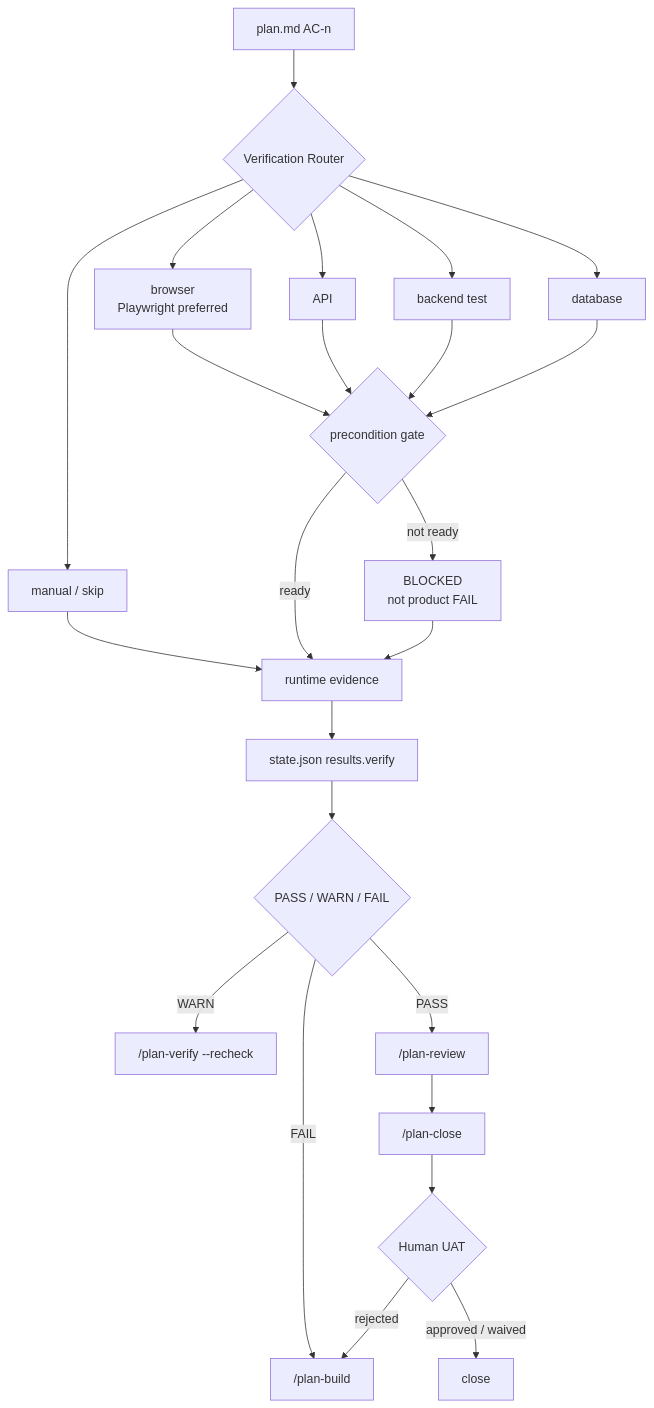
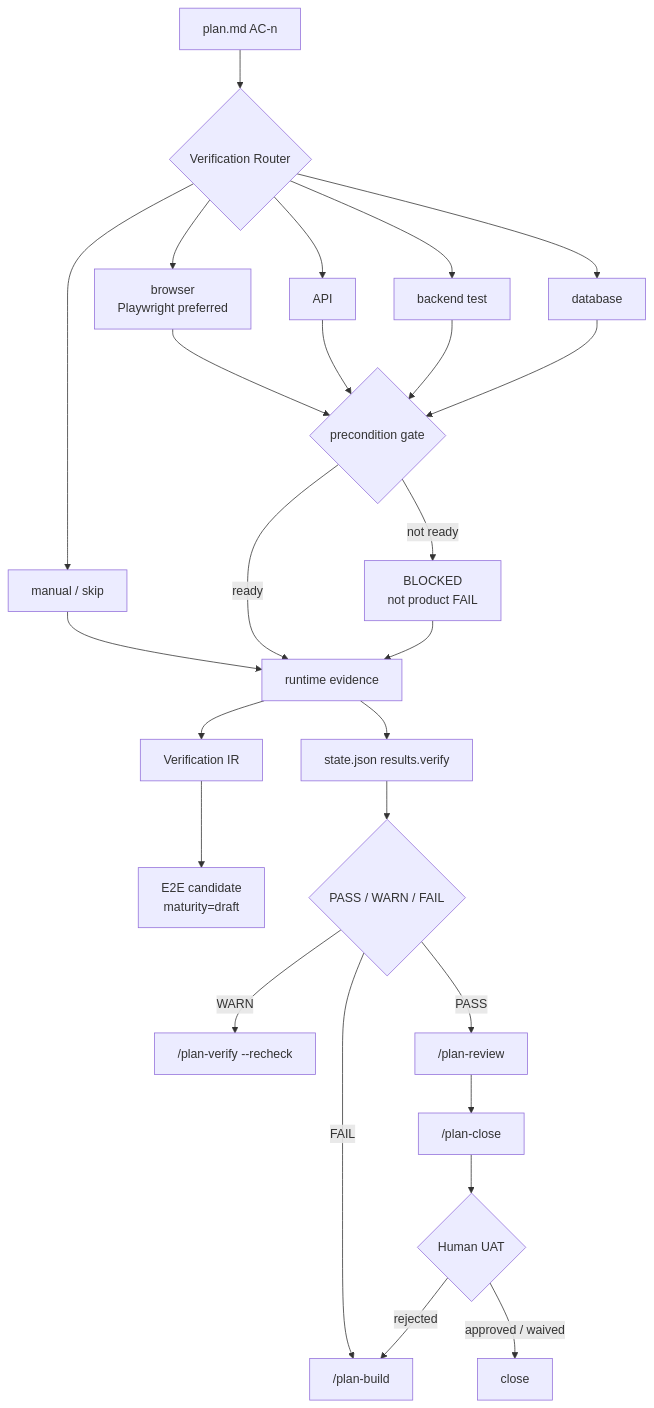
The fifth of 5 diagrams in plugins/feature-workflow/README.md (mark22013333/crew), drawn with Mermaid before and after one commit. The commit also changed other lines of this file, not shown here.

````diff
--- a/plugins/feature-workflow/README.md
+++ b/plugins/feature-workflow/README.md
@@ -309,26 +309,28 @@
 ```mermaid
 flowchart TD
     AC["plan.md AC-n"] --> Router{"Verification Router"}
     Router --> Browser["browser<br/>Playwright preferred"]
     Router --> API["API"]
     Router --> Backend["backend test"]
     Router --> DB["database"]
     Router --> Manual["manual / skip"]
     Browser --> Pre{"precondition gate"}
     API --> Pre
     Backend --> Pre
     DB --> Pre
     Manual --> Evidence["runtime evidence"]
     Pre -- "ready" --> Evidence
     Pre -- "not ready" --> Blocked["BLOCKED<br/>not product FAIL"]
     Blocked --> Evidence
     Evidence --> Result["state.json results.verify"]
+    Evidence --> IR["Verification IR"]
+    IR --> Draft["E2E candidate<br/>maturity=draft"]
     Result --> Status{"PASS / WARN / FAIL"}
     Status -- "FAIL" --> Build["/plan-build"]
     Status -- "WARN" --> Recheck["/plan-verify --recheck"]
     Status -- "PASS" --> Review["/plan-review"]
     Review --> Close["/plan-close"]
     Close --> UAT{"Human UAT"}
     UAT -- "rejected" --> Build
     UAT -- "approved / waived" --> Done["close"]
 ```
````
